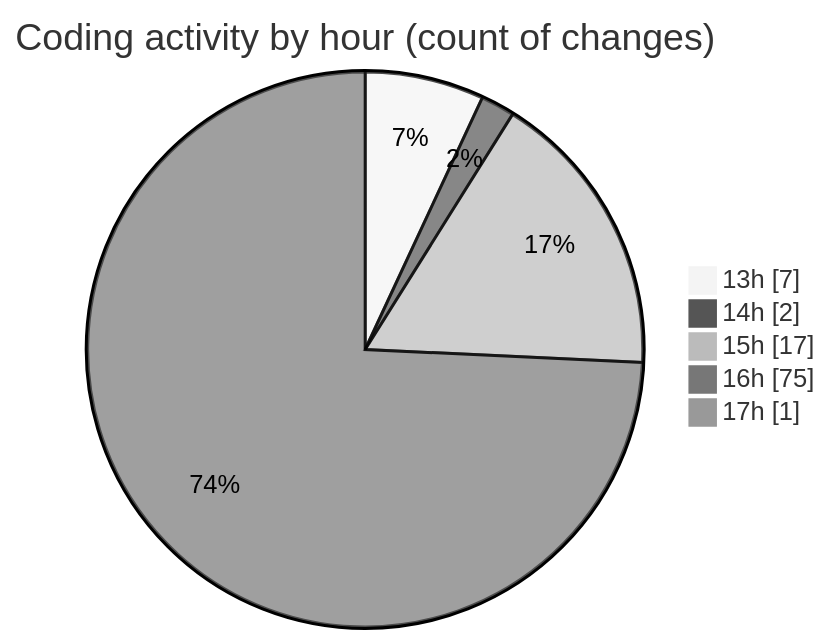
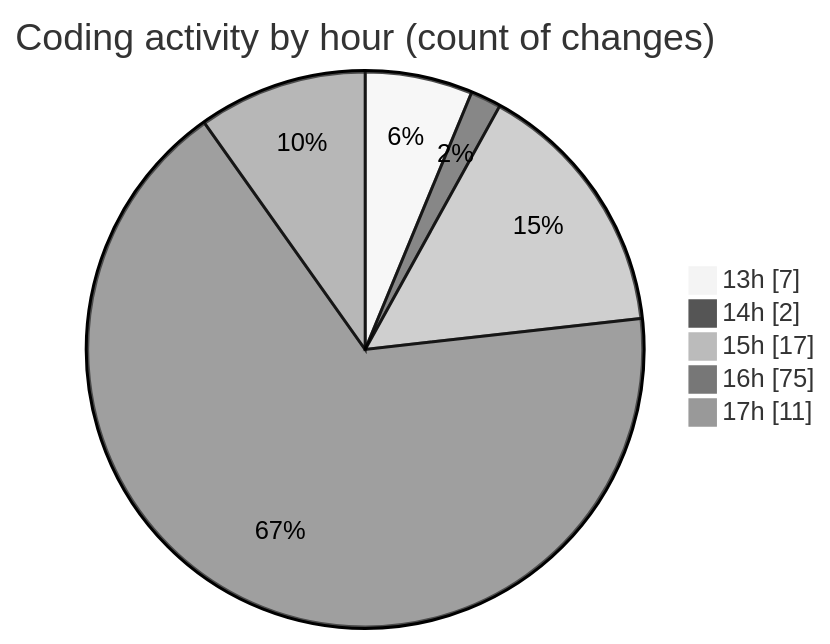
One commit to charlie-sans/code-tracking changed the second of 2 diagrams in 2025-02-24/micros/README.md. Above: the diagram before and after it, drawn with Mermaid (neutral theme). The commit also changed other lines of this file and 1 other file, not shown here.

````diff
--- a/2025-02-24/micros/README.md
+++ b/2025-02-24/micros/README.md
@@ -45,9 +46,9 @@
 ```mermaid
 pie showData
 title Coding activity by hour (count of changes)
 "13h" : 7
 "14h" : 2
 "15h" : 17
 "16h" : 75
-"17h" : 1
+"17h" : 11
 ```
````
